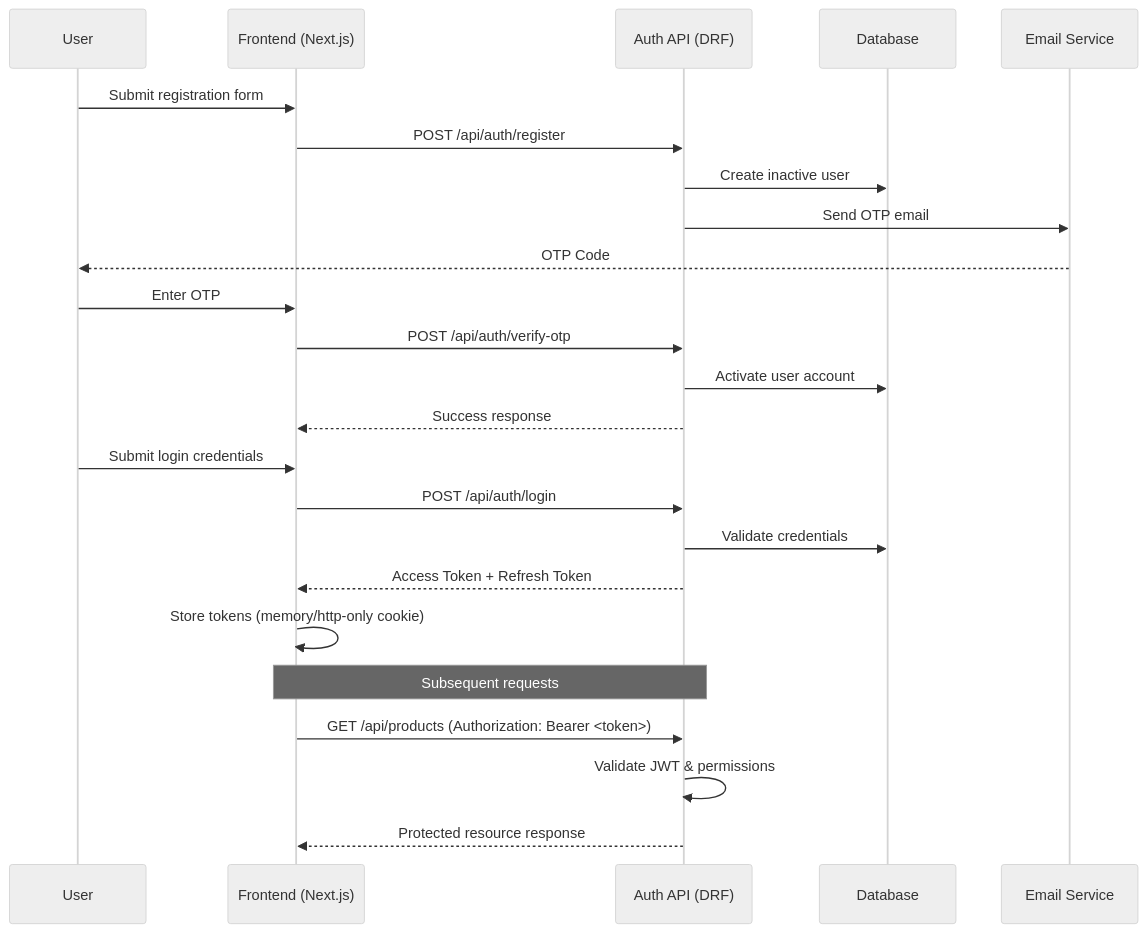
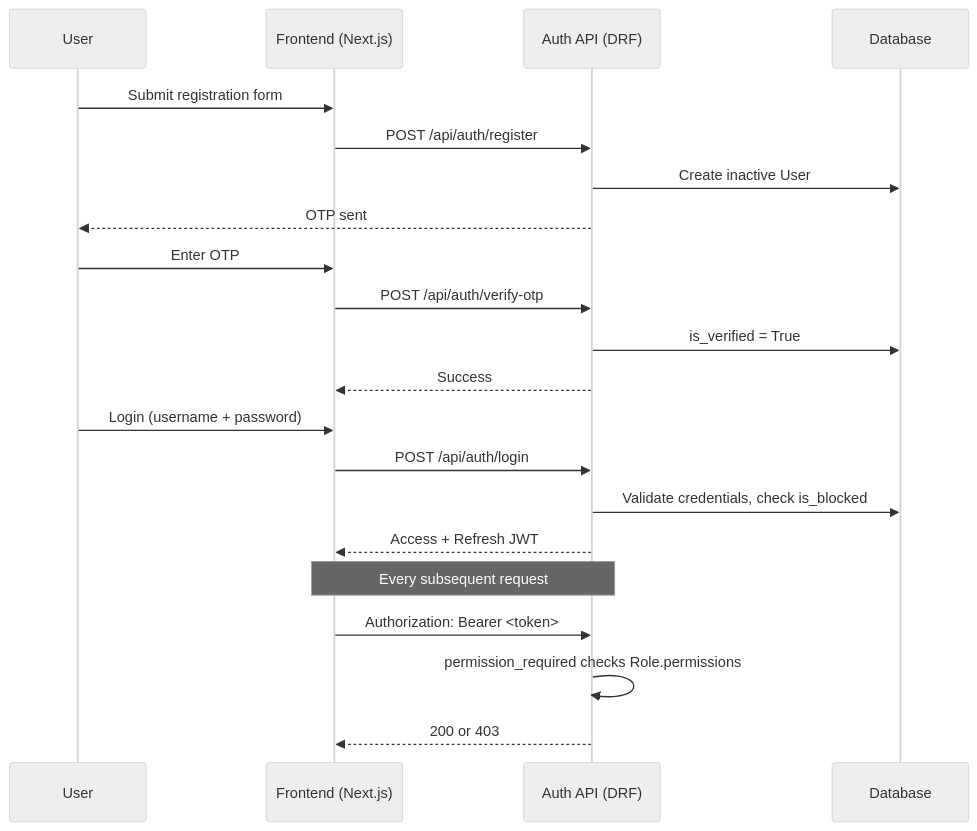
Before and after one commit to SyedJawad125/A-Collections-Django-Next-JS-and-PostgreSQL: the fourth of 6 diagrams in README.md, drawn with Mermaid (neutral theme). The commit also changed other lines of this file and 1 other file, not shown here.

````diff
--- a/README.md
+++ b/README.md
@@ -961,29 +1030,26 @@
 ```mermaid
 sequenceDiagram
     participant U as User
     participant F as Frontend (Next.js)
     participant A as Auth API (DRF)
     participant D as Database
-    participant E as Email Service
 
     U->>F: Submit registration form
     F->>A: POST /api/auth/register
-    A->>D: Create inactive user
-    A->>E: Send OTP email
-    E-->>U: OTP Code
+    A->>D: Create inactive User
+    A-->>U: OTP sent
     U->>F: Enter OTP
     F->>A: POST /api/auth/verify-otp
-    A->>D: Activate user account
-    A-->>F: Success response
+    A->>D: is_verified = True
+    A-->>F: Success
 
-    U->>F: Submit login credentials
+    U->>F: Login (username + password)
     F->>A: POST /api/auth/login
-    A->>D: Validate credentials
-    A-->>F: Access Token + Refresh Token
-    F->>F: Store tokens (memory/http-only cookie)
+    A->>D: Validate credentials, check is_blocked
+    A-->>F: Access + Refresh JWT
 
-    Note over F,A: Subsequent requests
-    F->>A: GET /api/products (Authorization: Bearer <token>)
-    A->>A: Validate JWT & permissions
-    A-->>F: Protected resource response
+    Note over F,A: Every subsequent request
+    F->>A: Authorization: Bearer <token>
+    A->>A: permission_required checks Role.permissions
+    A-->>F: 200 or 403
 ```
````
